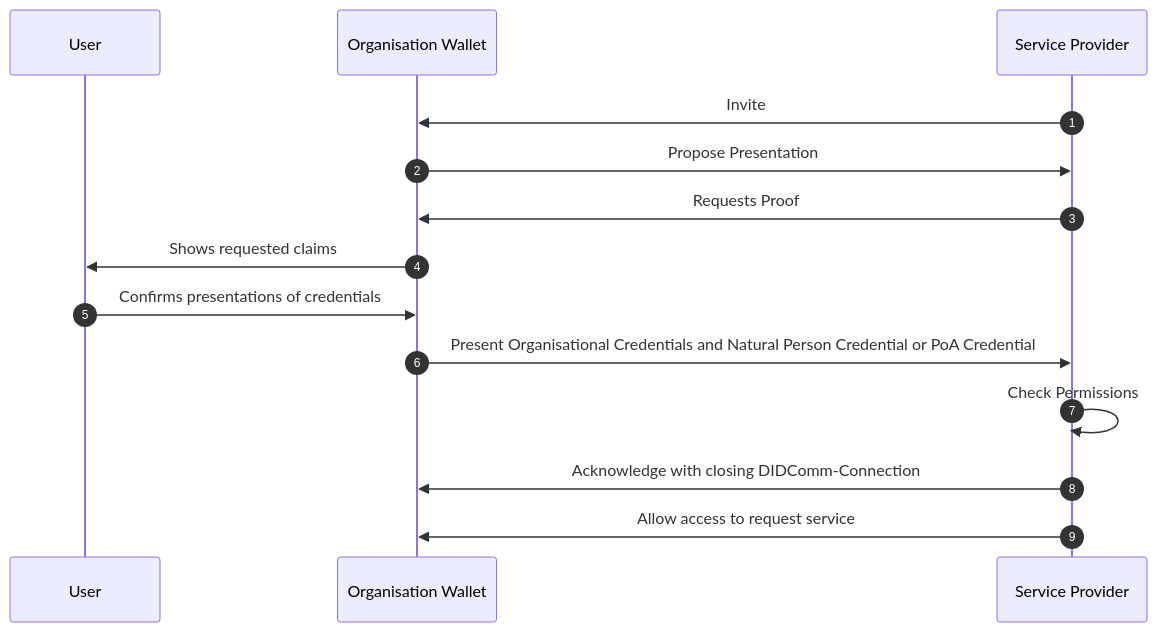
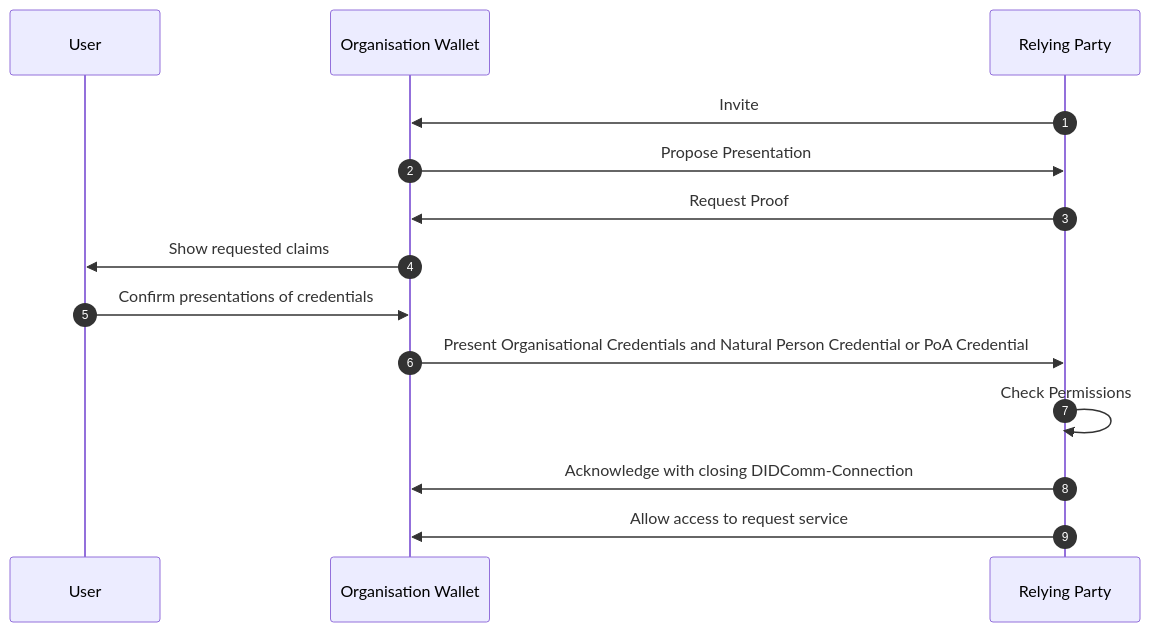
The fourth of 4 diagrams in ewc-rfc010-issue-and-present-organisational-credentials.md (EWC-consortium/eudi-wallet-rfcs), drawn with Mermaid before and after one commit. The commit also changed other lines of this file, not shown here.

Commit message:
fix: remove PoA from Org Cred application and general fixes

````diff
--- a/ewc-rfc010-issue-and-present-organisational-credentials.md
+++ b/ewc-rfc010-issue-and-present-organisational-credentials.md
@@ -1233,18 +1233,18 @@
 ```mermaid
 sequenceDiagram
   autonumber
 
   participant User as User
   participant OrgWallet as Organisation Wallet
-  participant ServiceProvider as Service Provider
+  participant ServiceProvider as Relying Party
 
   ServiceProvider->>OrgWallet: Invite
   OrgWallet->>ServiceProvider: Propose Presentation
-  ServiceProvider->>OrgWallet: Requests Proof
-  OrgWallet->>User: Shows requested claims
-  User->>OrgWallet: Confirms presentations of credentials
+  ServiceProvider->>OrgWallet: Request Proof
+  OrgWallet->>User: Show requested claims
+  User->>OrgWallet: Confirm presentations of credentials
   OrgWallet->>ServiceProvider: Present Organisational Credentials and Natural Person Credential or PoA Credential
   ServiceProvider->>ServiceProvider: Check Permissions
   ServiceProvider->>OrgWallet: Acknowledge with closing DIDComm-Connection
   ServiceProvider->>OrgWallet: Allow access to request service
 ```
````
